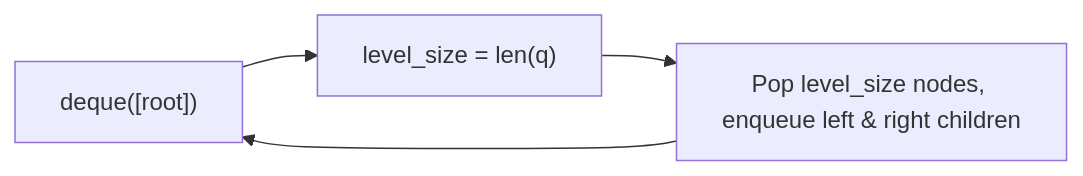
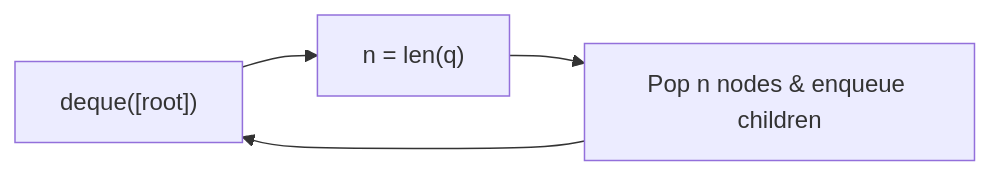
The diagram in grokking-coding-interview/13-tree-bfs.md (SanjayR857/All-in-One-Notes), drawn with Mermaid before and after one commit. The commit also changed other lines of this file and 22 other files, not shown here.

````diff
--- a/grokking-coding-interview/13-tree-bfs.md
+++ b/grokking-coding-interview/13-tree-bfs.md
@@ -20,6 +20,4 @@
 ```mermaid
 flowchart LR
-    Q["deque([root])"] --> Snap["level_size = len(q)"]
-    Snap --> Pop["Pop level_size nodes, enqueue left & right children"]
-    Pop --> Q
+    Q["deque([root])"] --> Snap["n = len(q)"] --> Pop["Pop n nodes & enqueue children"] --> Q
 ```
````
